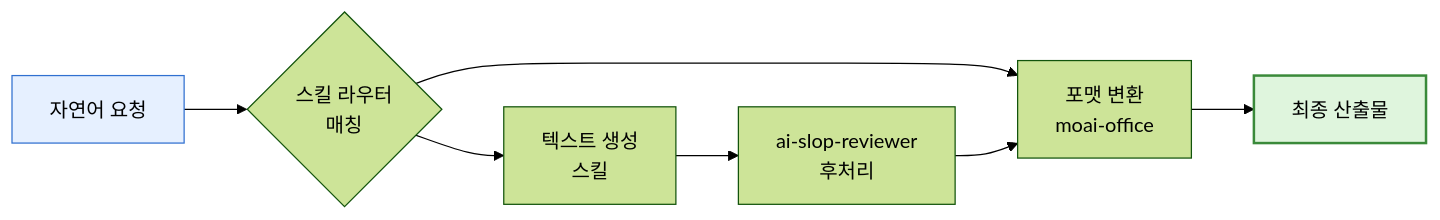
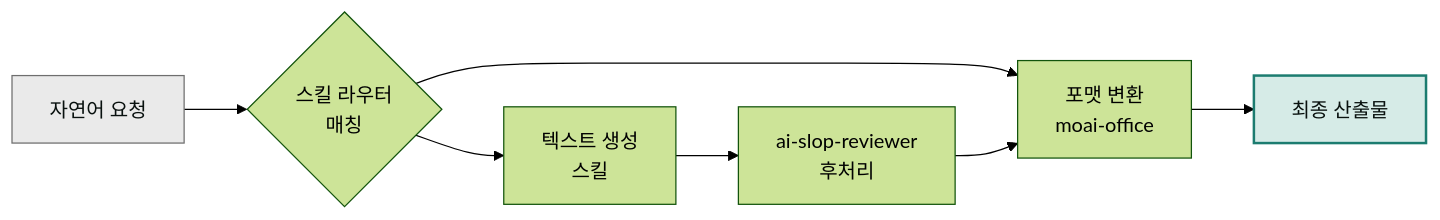
Before and after one commit to modu-ai/claude: the diagram in content/cookbook/_index.md, drawn with Mermaid (forest theme). The commit also changed 97 other files, not shown here.

First line of the commit message:
style(docs-site): mermaid 색상 브랜드 정합 + 라이트 테마 단일화

````diff
--- a/content/cookbook/_index.md
+++ b/content/cookbook/_index.md
@@ -54,12 +54,12 @@
 ```mermaid
 flowchart LR
     A["자연어 요청"] --> B{"스킬 라우터<br/>매칭"}
     B --> C["텍스트 생성<br/>스킬"]
     B --> D["포맷 변환<br/>moai-office"]
     C --> E["ai-slop-reviewer<br/>후처리"]
     E --> D
     D --> F["최종 산출물"]
 
-    style A fill:#e6f0ff,stroke:#3070d0
-    style F fill:#dff5dd,stroke:#3a8a3a,stroke-width:2px
+    style A fill:#eaeaea,stroke:#6e6e6e,color:#09110f
+    style F fill:#d6ebe7,stroke:#1c7c70,stroke-width:2px,color:#09110f
 ```
````
